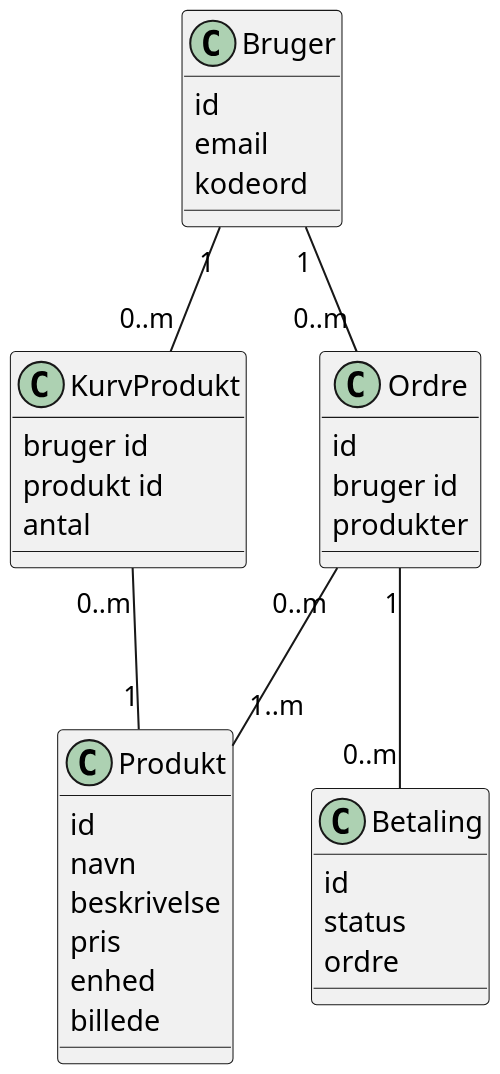
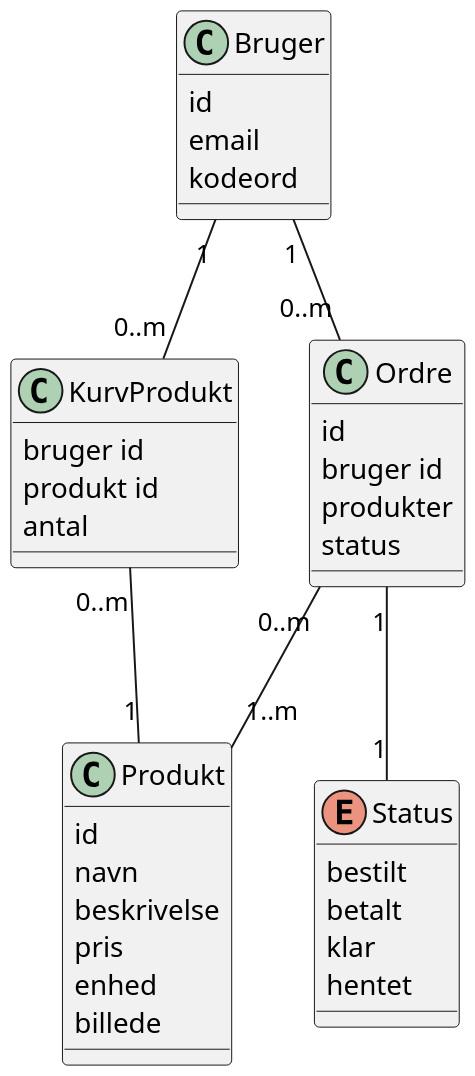
The diagram in diagram/domain-model.puml (sofush/grontsag), drawn with PlantUML before and after one commit. The commit also changed 1 other file, not shown here.

Commit message:
chore: update diagrams

```diff
--- a/diagram/domain-model.puml
+++ b/diagram/domain-model.puml
@@ -1,41 +1,42 @@
 @startuml domain model
 scale 1920*1080
 
 ' Conceptual classes
 class Produkt {
   id
   navn
   beskrivelse
   pris
   enhed
   billede
 }
 class KurvProdukt {
   bruger id
   produkt id
   antal
 }
 class Bruger {
   id
   email
   kodeord
 }
 class Ordre {
   id
   bruger id
   produkter
+  status
 }
-class Betaling {
-  id
-  status
-  ordre
+enum Status {
+  bestilt
+  betalt
+  klar
+  hentet
 }
 
 ' Relationships
 KurvProdukt "0..m" -- "1" Produkt: \t\t
 Bruger "1" -- "0..m" KurvProdukt
 Ordre "0..m" -- "1..m" Produkt
-Ordre "1" -- "0..m" Betaling
 Bruger "1" -- "0..m" Ordre
-
+Ordre "1" -- "1" Status
 @enduml
```
